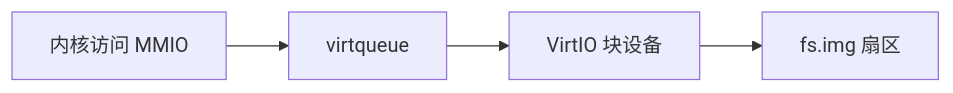
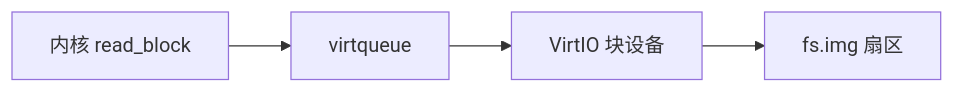
The diagram in os-lab/labs/lab6-disk-fs.md (AM-SuSh/EVOLVE), drawn with Mermaid before and after one commit. The commit also changed other lines of this file and 23 other files, not shown here.

````diff
--- a/os-lab/labs/lab6-disk-fs.md
+++ b/os-lab/labs/lab6-disk-fs.md
@@ -114,6 +154,6 @@
 ```mermaid
 flowchart LR
-    CPU["内核访问 MMIO"] --> VQ["virtqueue"]
+    CPU["内核 read_block"] --> VQ["virtqueue"]
     VQ --> DEV["VirtIO 块设备"]
     DEV --> IMG["fs.img 扇区"]
 ```
````
